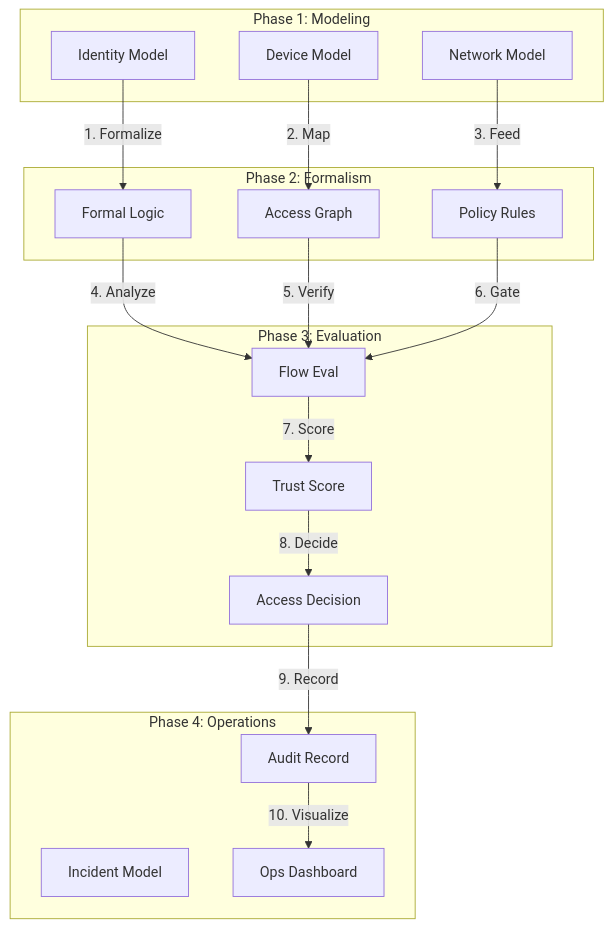
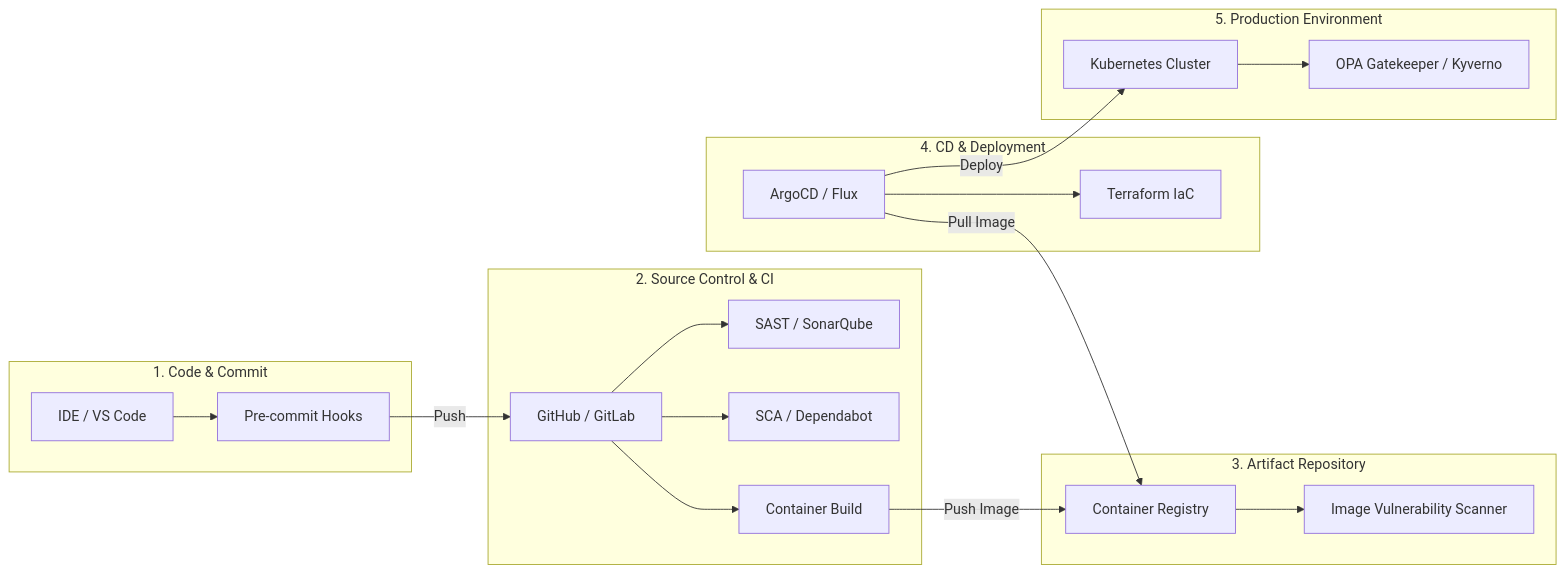
Before and after one commit to Devopstrio/zero-trust-reference-model: the fourth of 12 diagrams in README.md, drawn with Mermaid. The commit also changed other lines of this file and 2 other files, not shown here.

Commit message:
docs: add high-level enterprise architecture diagrams

````diff
--- a/README.md
+++ b/README.md
@@ -45,37 +170,41 @@
 ```mermaid
-graph TD
-    subgraph "Phase 1: Modeling"
-        IdM[Identity Model]
-        DevM[Device Model]
-        NetM[Network Model]
+graph LR
+    subgraph "1. Code & Commit"
+        IDE[IDE / VS Code]
+        PreCommit[Pre-commit Hooks]
+        IDE --> PreCommit
     end
 
-    subgraph "Phase 2: Formalism"
-        Logic[Formal Logic]
-        Graph[Access Graph]
-        Rules[Policy Rules]
+    subgraph "2. Source Control & CI"
+        Git[GitHub / GitLab]
+        SAST[SAST / SonarQube]
+        SCA[SCA / Dependabot]
+        Build[Container Build]
+        Git --> SAST
+        Git --> SCA
+        Git --> Build
     end
 
-    subgraph "Phase 3: Evaluation"
-        Flow[Flow Eval]
-        Score[Trust Score]
-        Decision[Access Decision]
+    subgraph "3. Artifact Repository"
+        Registry[Container Registry]
+        ImageScan[Image Vulnerability Scanner]
+        Registry --> ImageScan
     end
 
-    subgraph "Phase 4: Operations"
-        Audit[Audit Record]
-        Inc[Incident Model]
-        Dash[Ops Dashboard]
+    subgraph "4. CD & Deployment"
+        GitOps[ArgoCD / Flux]
+        Infra[Terraform IaC]
+        GitOps --> Infra
     end
 
-    IdM -->|1. Formalize| Logic
-    DevM -->|2. Map| Graph
-    NetM -->|3. Feed| Rules
-    Logic -->|4. Analyze| Flow
-    Graph -->|5. Verify| Flow
-    Rules -->|6. Gate| Flow
-    Flow -->|7. Score| Score
-    Score -->|8. Decide| Decision
-    Decision -->|9. Record| Audit
-    Audit -->|10. Visualize| Dash
+    subgraph "5. Production Environment"
+        K8s[Kubernetes Cluster]
+        Policy[OPA Gatekeeper / Kyverno]
+        K8s --> Policy
+    end
+
+    PreCommit -->|Push| Git
+    Build -->|Push Image| Registry
+    GitOps -->|Pull Image| Registry
+    GitOps -->|Deploy| K8s
 ```
````
